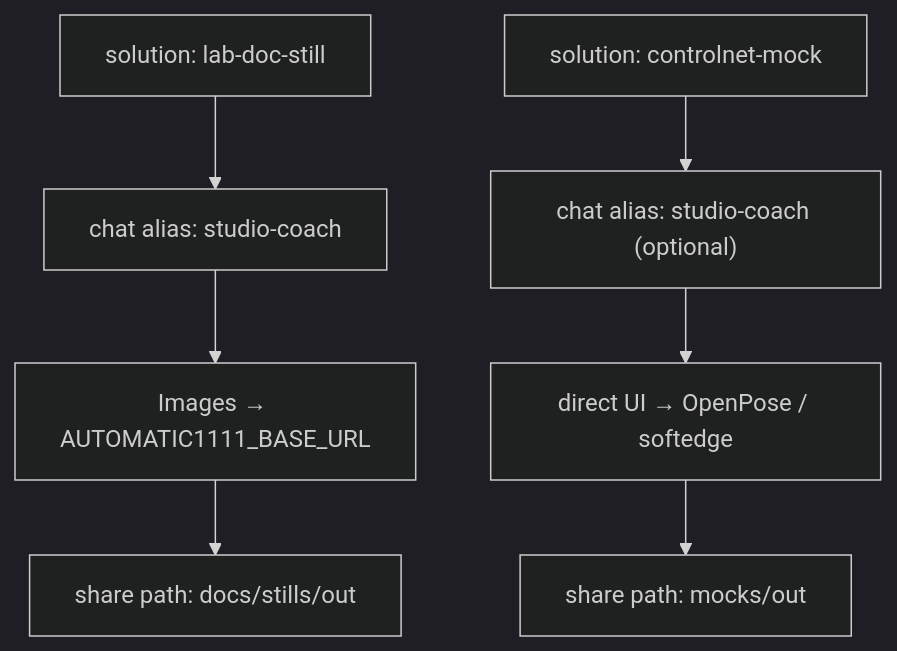
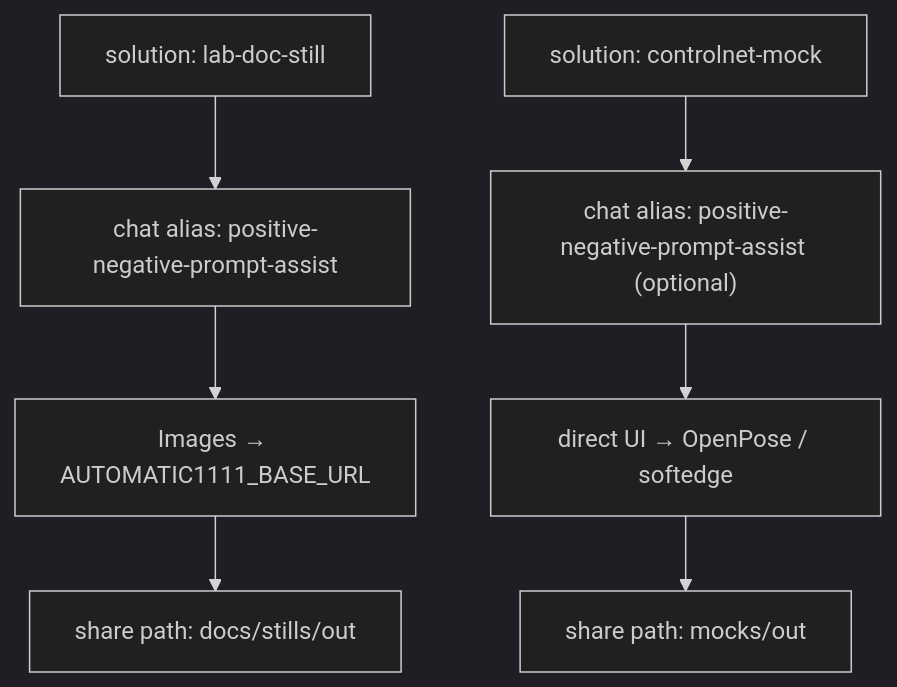
The third of 3 diagrams in docs/plans/2026-08-06--automatic1111-lab-setup-diagrams-implemented/README.md (doesitscript/dotfile-vnext), drawn with Mermaid (dark theme) before and after one commit. The commit also changed other lines of this file and 69 other files, not shown here.

Commit message:
feat(ai-stack): add coding routes and rename prompt-assist lane

````diff
--- a/docs/plans/2026-08-06--automatic1111-lab-setup-diagrams-implemented/README.md
+++ b/docs/plans/2026-08-06--automatic1111-lab-setup-diagrams-implemented/README.md
@@ -197,14 +197,14 @@
 ```mermaid
 flowchart TB
   s1["solution: lab-doc-still"]
   s2["solution: controlnet-mock"]
-  alias1["chat alias: studio-coach"]
-  alias2["chat alias: studio-coach (optional)"]
+  alias1["chat alias: positive-negative-prompt-assist"]
+  alias2["chat alias: positive-negative-prompt-assist (optional)"]
   path1["Images → AUTOMATIC1111_BASE_URL"]
   path2["direct UI → OpenPose / softedge"]
   out1["share path: docs/stills/out"]
   out2["share path: mocks/out"]
 
   s1 --> alias1 --> path1 --> out1
   s2 --> alias2 --> path2 --> out2
 ```
````
